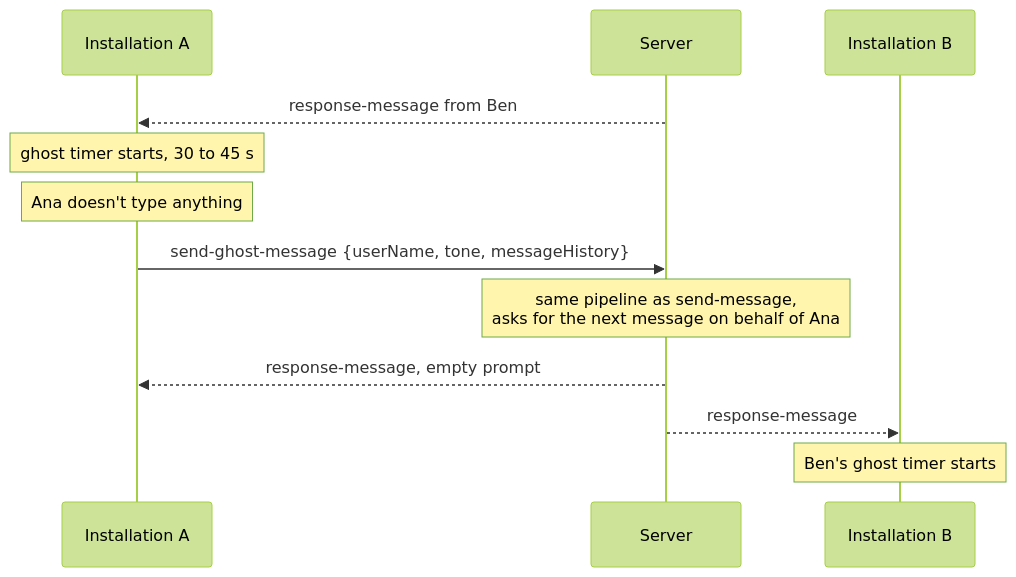
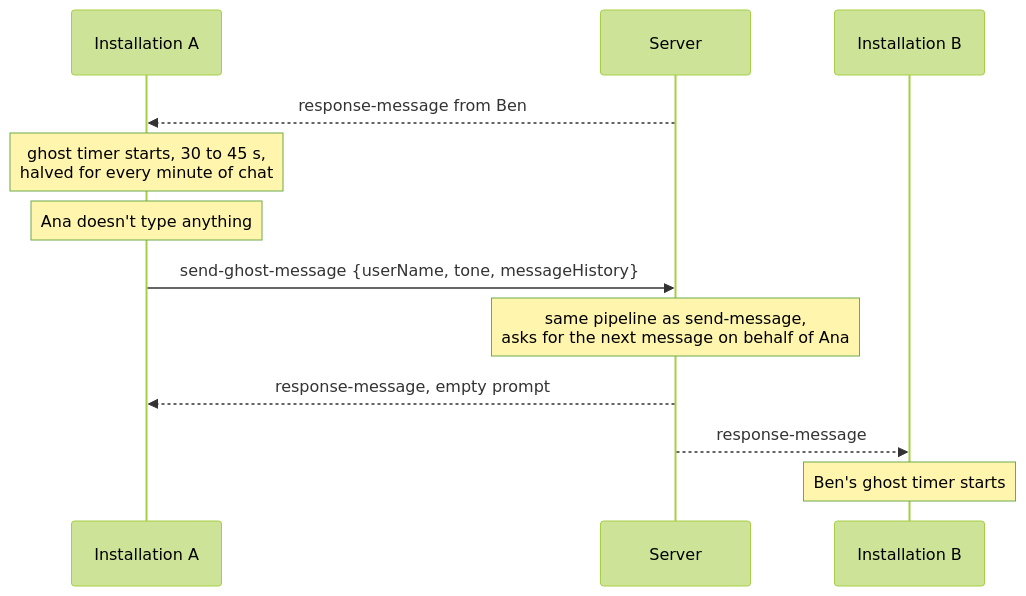
One commit to partyck/in-between-us changed the fifth of 6 diagrams in architecture.md. Above: the diagram before and after it, drawn with Mermaid (forest theme). The commit also changed other lines of this file and 9 other files, not shown here.

````diff
--- a/architecture.md
+++ b/architecture.md
@@ -278,14 +296,14 @@
 ```mermaid
 sequenceDiagram
     participant A as Installation A
     participant S as Server
     participant B as Installation B
     S-->>A: response-message from Ben
-    Note over A: ghost timer starts, 30 to 45 s
+    Note over A: ghost timer starts, 30 to 45 s,<br/>halved for every minute of chat
     Note over A: Ana doesn't type anything
     A->>S: send-ghost-message {userName, tone, messageHistory}
     Note over S: same pipeline as send-message,<br/>asks for the next message on behalf of Ana
     S-->>A: response-message, empty prompt
     S-->>B: response-message
     Note over B: Ben's ghost timer starts
 ```
````
